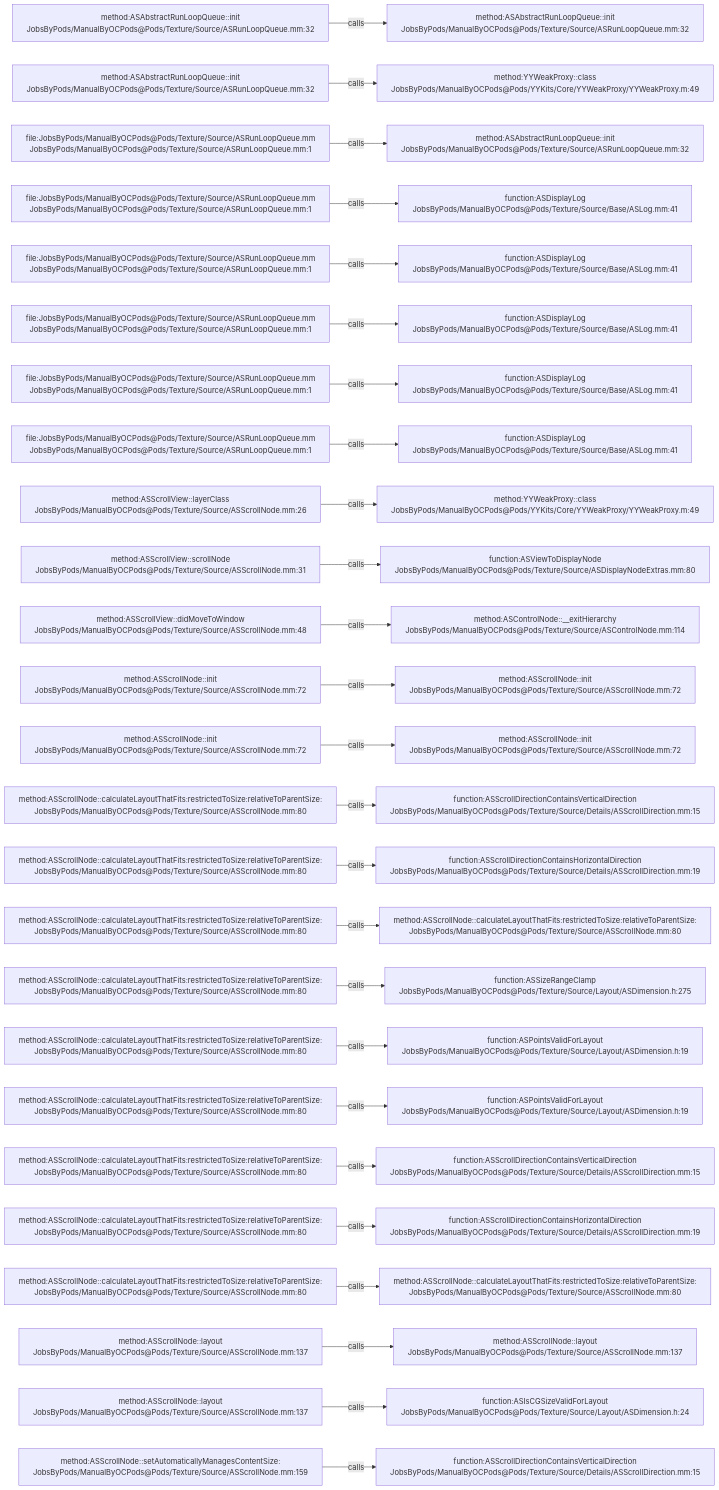
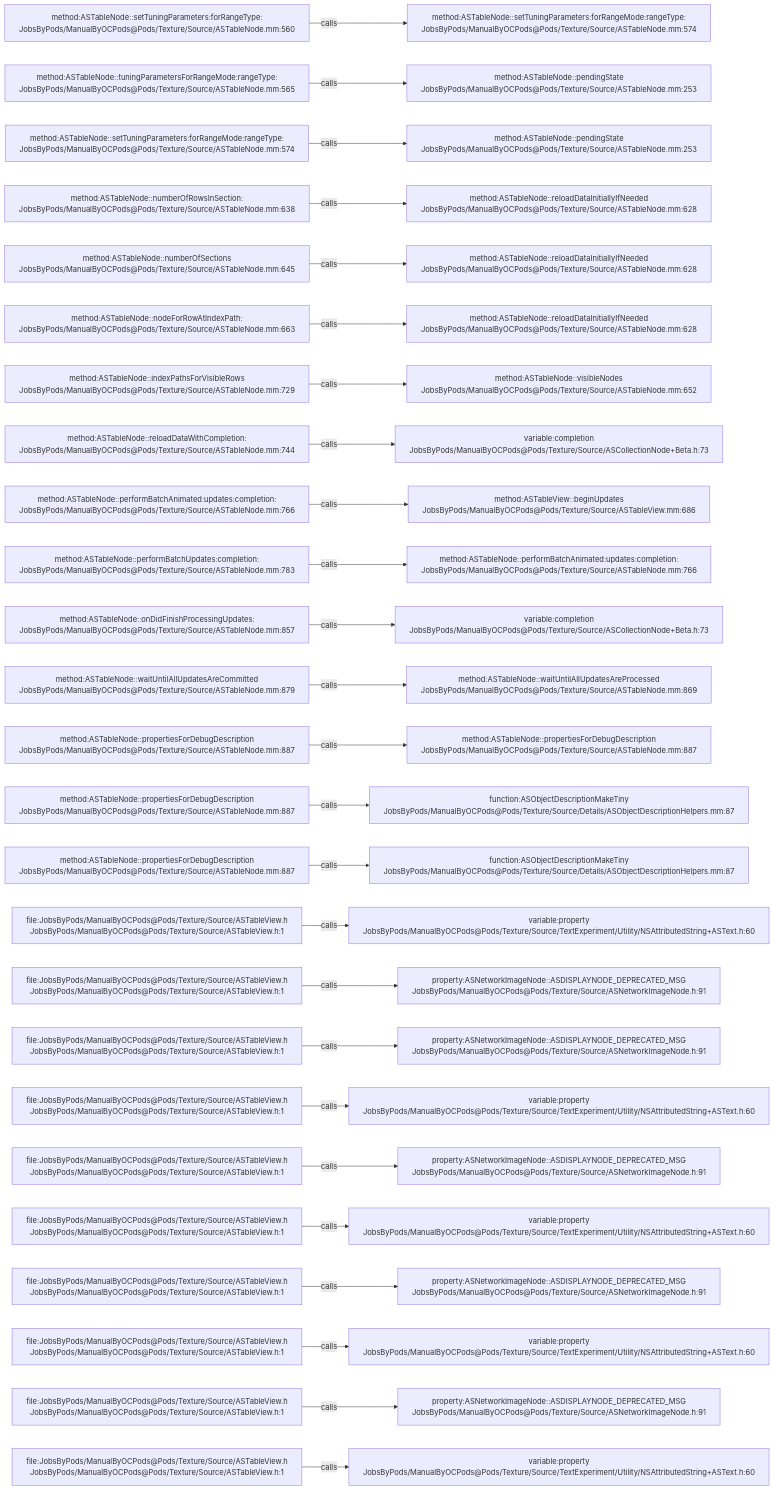
Before and after one commit to JobsKits/JobsOCBaseConfigDemo: the diagram in .codegraph/codegraph.md/graphs/calls-122.md, drawn with Mermaid. The commit also changed 1353 other files, not shown here.

````diff
--- a/.codegraph/codegraph.md/graphs/calls-122.md
+++ b/.codegraph/codegraph.md/graphs/calls-122.md
@@ -13,78 +13,78 @@
 ```mermaid
 flowchart LR
-  S1["method:ASAbstractRunLoopQueue::init<br/>JobsByPods/ManualByOCPods@Pods/Texture/Source/ASRunLoopQueue.mm:32"]
-  T1["method:ASAbstractRunLoopQueue::init<br/>JobsByPods/ManualByOCPods@Pods/Texture/Source/ASRunLoopQueue.mm:32"]
+  S1["method:ASTableNode::setTuningParameters:forRangeType:<br/>JobsByPods/ManualByOCPods@Pods/Texture/Source/ASTableNode.mm:560"]
+  T1["method:ASTableNode::setTuningParameters:forRangeMode:rangeType:<br/>JobsByPods/ManualByOCPods@Pods/Texture/Source/ASTableNode.mm:574"]
   S1 -->|calls| T1
-  S2["method:ASAbstractRunLoopQueue::init<br/>JobsByPods/ManualByOCPods@Pods/Texture/Source/ASRunLoopQueue.mm:32"]
-  T2["method:YYWeakProxy::class<br/>JobsByPods/ManualByOCPods@Pods/YYKits/Core/YYWeakProxy/YYWeakProxy.m:49"]
+  S2["method:ASTableNode::tuningParametersForRangeMode:rangeType:<br/>JobsByPods/ManualByOCPods@Pods/Texture/Source/ASTableNode.mm:565"]
+  T2["method:ASTableNode::pendingState<br/>JobsByPods/ManualByOCPods@Pods/Texture/Source/ASTableNode.mm:253"]
   S2 -->|calls| T2
-  S3["file:JobsByPods/ManualByOCPods@Pods/Texture/Source/ASRunLoopQueue.mm<br/>JobsByPods/ManualByOCPods@Pods/Texture/Source/ASRunLoopQueue.mm:1"]
-  T3["method:ASAbstractRunLoopQueue::init<br/>JobsByPods/ManualByOCPods@Pods/Texture/Source/ASRunLoopQueue.mm:32"]
+  S3["method:ASTableNode::setTuningParameters:forRangeMode:rangeType:<br/>JobsByPods/ManualByOCPods@Pods/Texture/Source/ASTableNode.mm:574"]
+  T3["method:ASTableNode::pendingState<br/>JobsByPods/ManualByOCPods@Pods/Texture/Source/ASTableNode.mm:253"]
   S3 -->|calls| T3
-  S4["file:JobsByPods/ManualByOCPods@Pods/Texture/Source/ASRunLoopQueue.mm<br/>JobsByPods/ManualByOCPods@Pods/Texture/Source/ASRunLoopQueue.mm:1"]
-  T4["function:ASDisplayLog<br/>JobsByPods/ManualByOCPods@Pods/Texture/Source/Base/ASLog.mm:41"]
+  S4["method:ASTableNode::numberOfRowsInSection:<br/>JobsByPods/ManualByOCPods@Pods/Texture/Source/ASTableNode.mm:638"]
+  T4["method:ASTableNode::reloadDataInitiallyIfNeeded<br/>JobsByPods/ManualByOCPods@Pods/Texture/Source/ASTableNode.mm:628"]
   S4 -->|calls| T4
-  S5["file:JobsByPods/ManualByOCPods@Pods/Texture/Source/ASRunLoopQueue.mm<br/>JobsByPods/ManualByOCPods@Pods/Texture/Source/ASRunLoopQueue.mm:1"]
-  T5["function:ASDisplayLog<br/>JobsByPods/ManualByOCPods@Pods/Texture/Source/Base/ASLog.mm:41"]
+  S5["method:ASTableNode::numberOfSections<br/>JobsByPods/ManualByOCPods@Pods/Texture/Source/ASTableNode.mm:645"]
+  T5["method:ASTableNode::reloadDataInitiallyIfNeeded<br/>JobsByPods/ManualByOCPods@Pods/Texture/Source/ASTableNode.mm:628"]
   S5 -->|calls| T5
-  S6["file:JobsByPods/ManualByOCPods@Pods/Texture/Source/ASRunLoopQueue.mm<br/>JobsByPods/ManualByOCPods@Pods/Texture/Source/ASRunLoopQueue.mm:1"]
-  T6["function:ASDisplayLog<br/>JobsByPods/ManualByOCPods@Pods/Texture/Source/Base/ASLog.mm:41"]
+  S6["method:ASTableNode::nodeForRowAtIndexPath:<br/>JobsByPods/ManualByOCPods@Pods/Texture/Source/ASTableNode.mm:663"]
+  T6["method:ASTableNode::reloadDataInitiallyIfNeeded<br/>JobsByPods/ManualByOCPods@Pods/Texture/Source/ASTableNode.mm:628"]
   S6 -->|calls| T6
-  S7["file:JobsByPods/ManualByOCPods@Pods/Texture/Source/ASRunLoopQueue.mm<br/>JobsByPods/ManualByOCPods@Pods/Texture/Source/ASRunLoopQueue.mm:1"]
-  T7["function:ASDisplayLog<br/>JobsByPods/ManualByOCPods@Pods/Texture/Source/Base/ASLog.mm:41"]
+  S7["method:ASTableNode::indexPathsForVisibleRows<br/>JobsByPods/ManualByOCPods@Pods/Texture/Source/ASTableNode.mm:729"]
+  T7["method:ASTableNode::visibleNodes<br/>JobsByPods/ManualByOCPods@Pods/Texture/Source/ASTableNode.mm:652"]
   S7 -->|calls| T7
-  S8["file:JobsByPods/ManualByOCPods@Pods/Texture/Source/ASRunLoopQueue.mm<br/>JobsByPods/ManualByOCPods@Pods/Texture/Source/ASRunLoopQueue.mm:1"]
-  T8["function:ASDisplayLog<br/>JobsByPods/ManualByOCPods@Pods/Texture/Source/Base/ASLog.mm:41"]
+  S8["method:ASTableNode::reloadDataWithCompletion:<br/>JobsByPods/ManualByOCPods@Pods/Texture/Source/ASTableNode.mm:744"]
+  T8["variable:completion<br/>JobsByPods/ManualByOCPods@Pods/Texture/Source/ASCollectionNode+Beta.h:73"]
   S8 -->|calls| T8
-  S9["method:ASScrollView::layerClass<br/>JobsByPods/ManualByOCPods@Pods/Texture/Source/ASScrollNode.mm:26"]
-  T9["method:YYWeakProxy::class<br/>JobsByPods/ManualByOCPods@Pods/YYKits/Core/YYWeakProxy/YYWeakProxy.m:49"]
+  S9["method:ASTableNode::performBatchAnimated:updates:completion:<br/>JobsByPods/ManualByOCPods@Pods/Texture/Source/ASTableNode.mm:766"]
+  T9["method:ASTableView::beginUpdates<br/>JobsByPods/ManualByOCPods@Pods/Texture/Source/ASTableView.mm:686"]
   S9 -->|calls| T9
-  S10["method:ASScrollView::scrollNode<br/>JobsByPods/ManualByOCPods@Pods/Texture/Source/ASScrollNode.mm:31"]
-  T10["function:ASViewToDisplayNode<br/>JobsByPods/ManualByOCPods@Pods/Texture/Source/ASDisplayNodeExtras.mm:80"]
+  S10["method:ASTableNode::performBatchUpdates:completion:<br/>JobsByPods/ManualByOCPods@Pods/Texture/Source/ASTableNode.mm:783"]
+  T10["method:ASTableNode::performBatchAnimated:updates:completion:<br/>JobsByPods/ManualByOCPods@Pods/Texture/Source/ASTableNode.mm:766"]
   S10 -->|calls| T10
-  S11["method:ASScrollView::didMoveToWindow<br/>JobsByPods/ManualByOCPods@Pods/Texture/Source/ASScrollNode.mm:48"]
-  T11["method:ASControlNode::__exitHierarchy<br/>JobsByPods/ManualByOCPods@Pods/Texture/Source/ASControlNode.mm:114"]
+  S11["method:ASTableNode::onDidFinishProcessingUpdates:<br/>JobsByPods/ManualByOCPods@Pods/Texture/Source/ASTableNode.mm:857"]
+  T11["variable:completion<br/>JobsByPods/ManualByOCPods@Pods/Texture/Source/ASCollectionNode+Beta.h:73"]
   S11 -->|calls| T11
-  S12["method:ASScrollNode::init<br/>JobsByPods/ManualByOCPods@Pods/Texture/Source/ASScrollNode.mm:72"]
-  T12["method:ASScrollNode::init<br/>JobsByPods/ManualByOCPods@Pods/Texture/Source/ASScrollNode.mm:72"]
+  S12["method:ASTableNode::waitUntilAllUpdatesAreCommitted<br/>JobsByPods/ManualByOCPods@Pods/Texture/Source/ASTableNode.mm:879"]
+  T12["method:ASTableNode::waitUntilAllUpdatesAreProcessed<br/>JobsByPods/ManualByOCPods@Pods/Texture/Source/ASTableNode.mm:869"]
   S12 -->|calls| T12
-  S13["method:ASScrollNode::init<br/>JobsByPods/ManualByOCPods@Pods/Texture/Source/ASScrollNode.mm:72"]
-  T13["method:ASScrollNode::init<br/>JobsByPods/ManualByOCPods@Pods/Texture/Source/ASScrollNode.mm:72"]
+  S13["method:ASTableNode::propertiesForDebugDescription<br/>JobsByPods/ManualByOCPods@Pods/Texture/Source/ASTableNode.mm:887"]
+  T13["method:ASTableNode::propertiesForDebugDescription<br/>JobsByPods/ManualByOCPods@Pods/Texture/Source/ASTableNode.mm:887"]
   S13 -->|calls| T13
-  S14["method:ASScrollNode::calculateLayoutThatFits:restrictedToSize:relativeToParentSize:<br/>JobsByPods/ManualByOCPods@Pods/Texture/Source/ASScrollNode.mm:80"]
-  T14["function:ASScrollDirectionContainsVerticalDirection<br/>JobsByPods/ManualByOCPods@Pods/Texture/Source/Details/ASScrollDirection.mm:15"]
+  S14["method:ASTableNode::propertiesForDebugDescription<br/>JobsByPods/ManualByOCPods@Pods/Texture/Source/ASTableNode.mm:887"]
+  T14["function:ASObjectDescriptionMakeTiny<br/>JobsByPods/ManualByOCPods@Pods/Texture/Source/Details/ASObjectDescriptionHelpers.mm:87"]
   S14 -->|calls| T14
-  S15["method:ASScrollNode::calculateLayoutThatFits:restrictedToSize:relativeToParentSize:<br/>JobsByPods/ManualByOCPods@Pods/Texture/Source/ASScrollNode.mm:80"]
-  T15["function:ASScrollDirectionContainsHorizontalDirection<br/>JobsByPods/ManualByOCPods@Pods/Texture/Source/Details/ASScrollDirection.mm:19"]
+  S15["method:ASTableNode::propertiesForDebugDescription<br/>JobsByPods/ManualByOCPods@Pods/Texture/Source/ASTableNode.mm:887"]
+  T15["function:ASObjectDescriptionMakeTiny<br/>JobsByPods/ManualByOCPods@Pods/Texture/Source/Details/ASObjectDescriptionHelpers.mm:87"]
   S15 -->|calls| T15
-  S16["method:ASScrollNode::calculateLayoutThatFits:restrictedToSize:relativeToParentSize:<br/>JobsByPods/ManualByOCPods@Pods/Texture/Source/ASScrollNode.mm:80"]
-  T16["method:ASScrollNode::calculateLayoutThatFits:restrictedToSize:relativeToParentSize:<br/>JobsByPods/ManualByOCPods@Pods/Texture/Source/ASScrollNode.mm:80"]
+  S16["file:JobsByPods/ManualByOCPods@Pods/Texture/Source/ASTableView.h<br/>JobsByPods/ManualByOCPods@Pods/Texture/Source/ASTableView.h:1"]
+  T16["variable:property<br/>JobsByPods/ManualByOCPods@Pods/Texture/Source/TextExperiment/Utility/NSAttributedString+ASText.h:60"]
   S16 -->|calls| T16
-  S17["method:ASScrollNode::calculateLayoutThatFits:restrictedToSize:relativeToParentSize:<br/>JobsByPods/ManualByOCPods@Pods/Texture/Source/ASScrollNode.mm:80"]
-  T17["function:ASSizeRangeClamp<br/>JobsByPods/ManualByOCPods@Pods/Texture/Source/Layout/ASDimension.h:275"]
+  S17["file:JobsByPods/ManualByOCPods@Pods/Texture/Source/ASTableView.h<br/>JobsByPods/ManualByOCPods@Pods/Texture/Source/ASTableView.h:1"]
+  T17["property:ASNetworkImageNode::ASDISPLAYNODE_DEPRECATED_MSG<br/>JobsByPods/ManualByOCPods@Pods/Texture/Source/ASNetworkImageNode.h:91"]
   S17 -->|calls| T17
-  S18["method:ASScrollNode::calculateLayoutThatFits:restrictedToSize:relativeToParentSize:<br/>JobsByPods/ManualByOCPods@Pods/Texture/Source/ASScrollNode.mm:80"]
-  T18["function:ASPointsValidForLayout<br/>JobsByPods/ManualByOCPods@Pods/Texture/Source/Layout/ASDimension.h:19"]
+  S18["file:JobsByPods/ManualByOCPods@Pods/Texture/Source/ASTableView.h<br/>JobsByPods/ManualByOCPods@Pods/Texture/Source/ASTableView.h:1"]
+  T18["property:ASNetworkImageNode::ASDISPLAYNODE_DEPRECATED_MSG<br/>JobsByPods/ManualByOCPods@Pods/Texture/Source/ASNetworkImageNode.h:91"]
   S18 -->|calls| T18
-  S19["method:ASScrollNode::calculateLayoutThatFits:restrictedToSize:relativeToParentSize:<br/>JobsByPods/ManualByOCPods@Pods/Texture/Source/ASScrollNode.mm:80"]
-  T19["function:ASPointsValidForLayout<br/>JobsByPods/ManualByOCPods@Pods/Texture/Source/Layout/ASDimension.h:19"]
+  S19["file:JobsByPods/ManualByOCPods@Pods/Texture/Source/ASTableView.h<br/>JobsByPods/ManualByOCPods@Pods/Texture/Source/ASTableView.h:1"]
+  T19["variable:property<br/>JobsByPods/ManualByOCPods@Pods/Texture/Source/TextExperiment/Utility/NSAttributedString+ASText.h:60"]
   S19 -->|calls| T19
-  S20["method:ASScrollNode::calculateLayoutThatFits:restrictedToSize:relativeToParentSize:<br/>JobsByPods/ManualByOCPods@Pods/Texture/Source/ASScrollNode.mm:80"]
-  T20["function:ASScrollDirectionContainsVerticalDirection<br/>JobsByPods/ManualByOCPods@Pods/Texture/Source/Details/ASScrollDirection.mm:15"]
+  S20["file:JobsByPods/ManualByOCPods@Pods/Texture/Source/ASTableView.h<br/>JobsByPods/ManualByOCPods@Pods/Texture/Source/ASTableView.h:1"]
+  T20["property:ASNetworkImageNode::ASDISPLAYNODE_DEPRECATED_MSG<br/>JobsByPods/ManualByOCPods@Pods/Texture/Source/ASNetworkImageNode.h:91"]
   S20 -->|calls| T20
-  S21["method:ASScrollNode::calculateLayoutThatFits:restrictedToSize:relativeToParentSize:<br/>JobsByPods/ManualByOCPods@Pods/Texture/Source/ASScrollNode.mm:80"]
-  T21["function:ASScrollDirectionContainsHorizontalDirection<br/>JobsByPods/ManualByOCPods@Pods/Texture/Source/Details/ASScrollDirection.mm:19"]
+  S21["file:JobsByPods/ManualByOCPods@Pods/Texture/Source/ASTableView.h<br/>JobsByPods/ManualByOCPods@Pods/Texture/Source/ASTableView.h:1"]
+  T21["variable:property<br/>JobsByPods/ManualByOCPods@Pods/Texture/Source/TextExperiment/Utility/NSAttributedString+ASText.h:60"]
   S21 -->|calls| T21
-  S22["method:ASScrollNode::calculateLayoutThatFits:restrictedToSize:relativeToParentSize:<br/>JobsByPods/ManualByOCPods@Pods/Texture/Source/ASScrollNode.mm:80"]
-  T22["method:ASScrollNode::calculateLayoutThatFits:restrictedToSize:relativeToParentSize:<br/>JobsByPods/ManualByOCPods@Pods/Texture/Source/ASScrollNode.mm:80"]
+  S22["file:JobsByPods/ManualByOCPods@Pods/Texture/Source/ASTableView.h<br/>JobsByPods/ManualByOCPods@Pods/Texture/Source/ASTableView.h:1"]
+  T22["property:ASNetworkImageNode::ASDISPLAYNODE_DEPRECATED_MSG<br/>JobsByPods/ManualByOCPods@Pods/Texture/Source/ASNetworkImageNode.h:91"]
   S22 -->|calls| T22
-  S23["method:ASScrollNode::layout<br/>JobsByPods/ManualByOCPods@Pods/Texture/Source/ASScrollNode.mm:137"]
-  T23["method:ASScrollNode::layout<br/>JobsByPods/ManualByOCPods@Pods/Texture/Source/ASScrollNode.mm:137"]
+  S23["file:JobsByPods/ManualByOCPods@Pods/Texture/Source/ASTableView.h<br/>JobsByPods/ManualByOCPods@Pods/Texture/Source/ASTableView.h:1"]
+  T23["variable:property<br/>JobsByPods/ManualByOCPods@Pods/Texture/Source/TextExperiment/Utility/NSAttributedString+ASText.h:60"]
   S23 -->|calls| T23
-  S24["method:ASScrollNode::layout<br/>JobsByPods/ManualByOCPods@Pods/Texture/Source/ASScrollNode.mm:137"]
-  T24["function:ASIsCGSizeValidForLayout<br/>JobsByPods/ManualByOCPods@Pods/Texture/Source/Layout/ASDimension.h:24"]
+  S24["file:JobsByPods/ManualByOCPods@Pods/Texture/Source/ASTableView.h<br/>JobsByPods/ManualByOCPods@Pods/Texture/Source/ASTableView.h:1"]
+  T24["property:ASNetworkImageNode::ASDISPLAYNODE_DEPRECATED_MSG<br/>JobsByPods/ManualByOCPods@Pods/Texture/Source/ASNetworkImageNode.h:91"]
   S24 -->|calls| T24
-  S25["method:ASScrollNode::setAutomaticallyManagesContentSize:<br/>JobsByPods/ManualByOCPods@Pods/Texture/Source/ASScrollNode.mm:159"]
-  T25["function:ASScrollDirectionContainsVerticalDirection<br/>JobsByPods/ManualByOCPods@Pods/Texture/Source/Details/ASScrollDirection.mm:15"]
+  S25["file:JobsByPods/ManualByOCPods@Pods/Texture/Source/ASTableView.h<br/>JobsByPods/ManualByOCPods@Pods/Texture/Source/ASTableView.h:1"]
+  T25["variable:property<br/>JobsByPods/ManualByOCPods@Pods/Texture/Source/TextExperiment/Utility/NSAttributedString+ASText.h:60"]
   S25 -->|calls| T25
 ```
````
